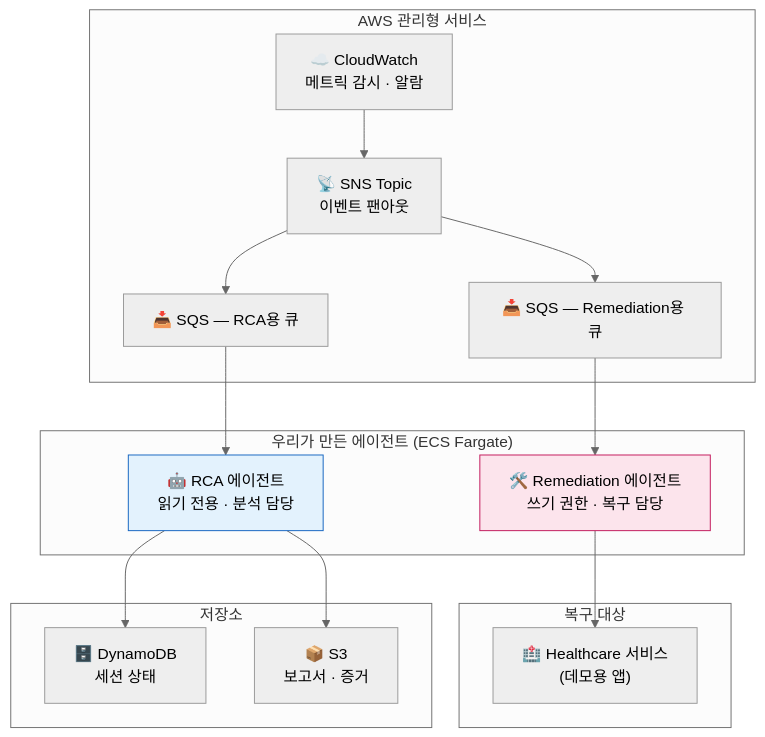
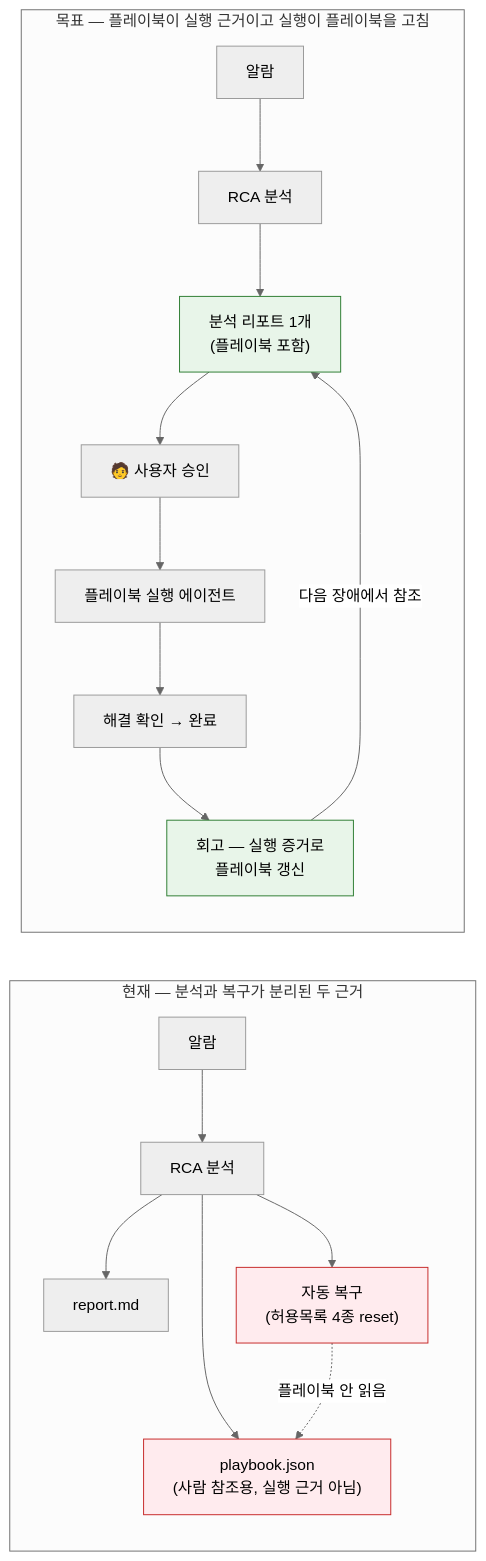
One commit to haandol/rca-agent changed the first of 6 diagrams in docs/rca-to-remediation-flow.md. Above: the diagram before and after it, drawn with Mermaid (neutral theme). The commit also changed other lines of this file, not shown here.

First line of the commit message:
docs: record the RCA-to-remediation flow as it is and as it should be

````diff
--- a/docs/rca-to-remediation-flow.md
+++ b/docs/rca-to-remediation-flow.md
@@ -44,33 +20,27 @@
 ```mermaid
-graph TB
-    subgraph AWS["AWS 관리형 서비스"]
-        CW["☁️ CloudWatch<br/>메트릭 감시 · 알람"]
-        SNS["📡 SNS Topic<br/>이벤트 팬아웃"]
-        SQS1["📥 SQS — RCA용 큐"]
-        SQS2["📥 SQS — Remediation용 큐"]
+flowchart LR
+    subgraph AsIs["현재 — 분석과 복구가 분리된 두 근거"]
+        direction TB
+        A1["알람"] --> A2["RCA 분석"]
+        A2 --> A3["report.md"]
+        A2 --> A4["playbook.json<br/>(사람 참조용, 실행 근거 아님)"]
+        A2 --> A5["자동 복구<br/>(허용목록 4종 reset)"]
+        A5 -.->|"플레이북 안 읽음"| A4
     end
 
-    subgraph Agents["우리가 만든 에이전트 (ECS Fargate)"]
-        RCA["🤖 RCA 에이전트<br/>읽기 전용 · 분석 담당"]
-        REM["🛠️ Remediation 에이전트<br/>쓰기 권한 · 복구 담당"]
+    subgraph ToBe["목표 — 플레이북이 실행 근거이고 실행이 플레이북을 고침"]
+        direction TB
+        B1["알람"] --> B2["RCA 분석"]
+        B2 --> B3["분석 리포트 1개<br/>(플레이북 포함)"]
+        B3 --> B4["🧑 사용자 승인"]
+        B4 --> B5["플레이북 실행 에이전트"]
+        B5 --> B6["해결 확인 → 완료"]
+        B6 --> B7["회고 — 실행 증거로<br/>플레이북 갱신"]
+        B7 -->|"다음 장애에서 참조"| B3
     end
 
-    subgraph Target["복구 대상"]
-        APP["🏥 Healthcare 서비스<br/>(데모용 앱)"]
-    end
-
-    subgraph Store["저장소"]
-        DDB["🗄️ DynamoDB<br/>세션 상태"]
-        S3["📦 S3<br/>보고서 · 증거"]
-    end
-
-    CW --> SNS
-    SNS --> SQS1 --> RCA
-    SNS --> SQS2 --> REM
-    RCA --> DDB
-    RCA --> S3
-    REM --> APP
-
-    style RCA fill:#e3f2fd,stroke:#1565c0
-    style REM fill:#fce4ec,stroke:#c2185b
+    style A4 fill:#ffebee,stroke:#c62828
+    style A5 fill:#ffebee,stroke:#c62828
+    style B3 fill:#e8f5e9,stroke:#2e7d32
+    style B7 fill:#e8f5e9,stroke:#2e7d32
 ```
````
